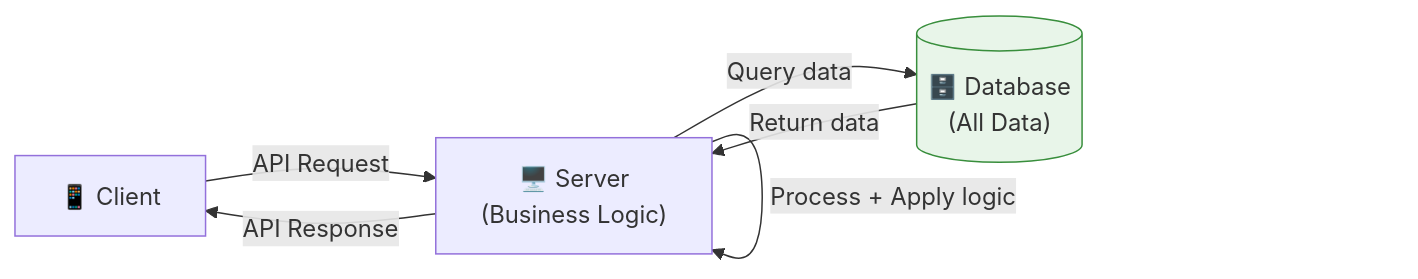
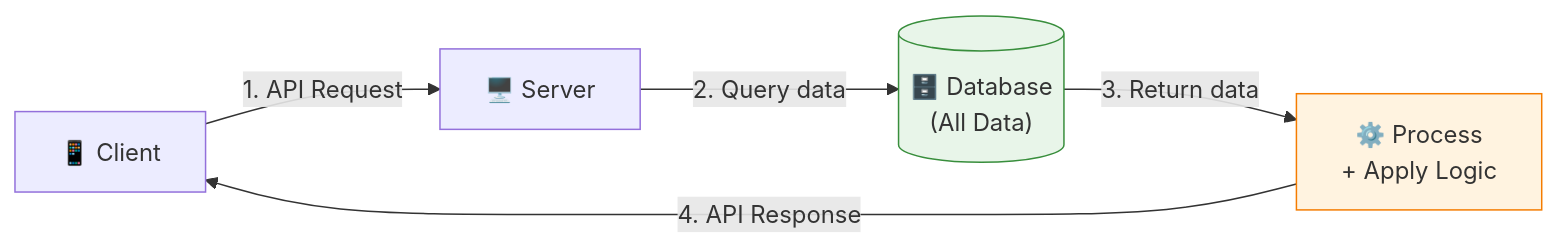
Before and after one commit to pravn27/system-design-tech-doc: the fourth of 15 diagrams in docs/from-youtube/system-design-basics.md, drawn with Mermaid. The commit also changed other lines of this file, not shown here.

Commit message:
fundamentals of system design with reference diagram

````diff
--- a/docs/from-youtube/system-design-basics.md
+++ b/docs/from-youtube/system-design-basics.md
@@ -193,10 +194,10 @@
 ```mermaid
 graph LR
-    C["📱 Client"] -- "API Request" --> S["🖥️ Server\n(Business Logic)"]
-    S -- "Query data" --> DB[("🗄️ Database\n(All Data)")]
-    DB -- "Return data" --> S
-    S -- "Process + Apply logic" --> S
-    S -- "API Response" --> C
+    C["📱 Client"] -- "1. API Request" --> S["🖥️ Server"]
+    S -- "2. Query data" --> DB[("🗄️ Database\n(All Data)")]
+    DB -- "3. Return data" --> P["⚙️ Process\n+ Apply Logic"]
+    P -- "4. API Response" --> C
 
     style DB fill:#e8f5e9,stroke:#388e3c
+    style P fill:#fff3e0,stroke:#f57c00
 ```
````
